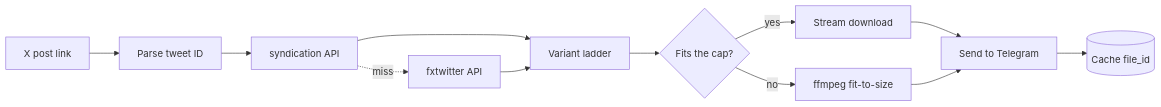
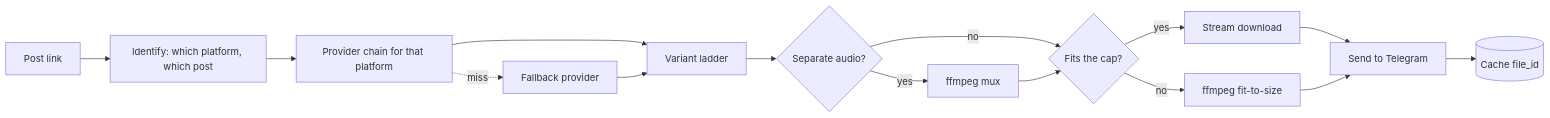
Before and after one commit to ShaunVee/xwitter_downloader: the first of 2 diagrams in README.md, drawn with Mermaid. The commit also changed other lines of this file and 15 other files, not shown here.

````diff
--- a/README.md
+++ b/README.md
@@ -65,14 +104,17 @@
 ```mermaid
 flowchart LR
-    A[X post link] --> B[Parse tweet ID]
-    B --> C[syndication API]
-    C -.miss.-> D[fxtwitter API]
+    A[Post link] --> B[Identify: which platform, which post]
+    B --> C[Provider chain for that platform]
+    C -.miss.-> D[Fallback provider]
     C --> E[Variant ladder]
     D --> E
-    E --> F{Fits the cap?}
-    F -- yes --> G[Stream download]
-    F -- no --> H[ffmpeg fit-to-size]
-    G --> I[Send to Telegram]
-    H --> I
-    I --> J[(Cache file_id)]
+    E --> F{Separate audio?}
+    F -- yes --> M[ffmpeg mux]
+    F -- no --> G{Fits the cap?}
+    M --> G
+    G -- yes --> H[Stream download]
+    G -- no --> I[ffmpeg fit-to-size]
+    H --> J[Send to Telegram]
+    I --> J
+    J --> K[(Cache file_id)]
 ```
````
